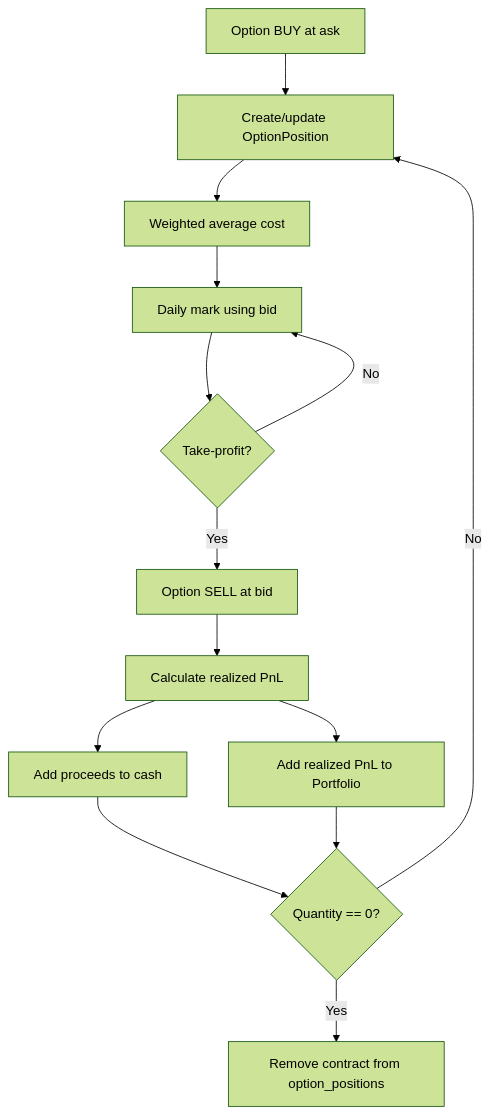
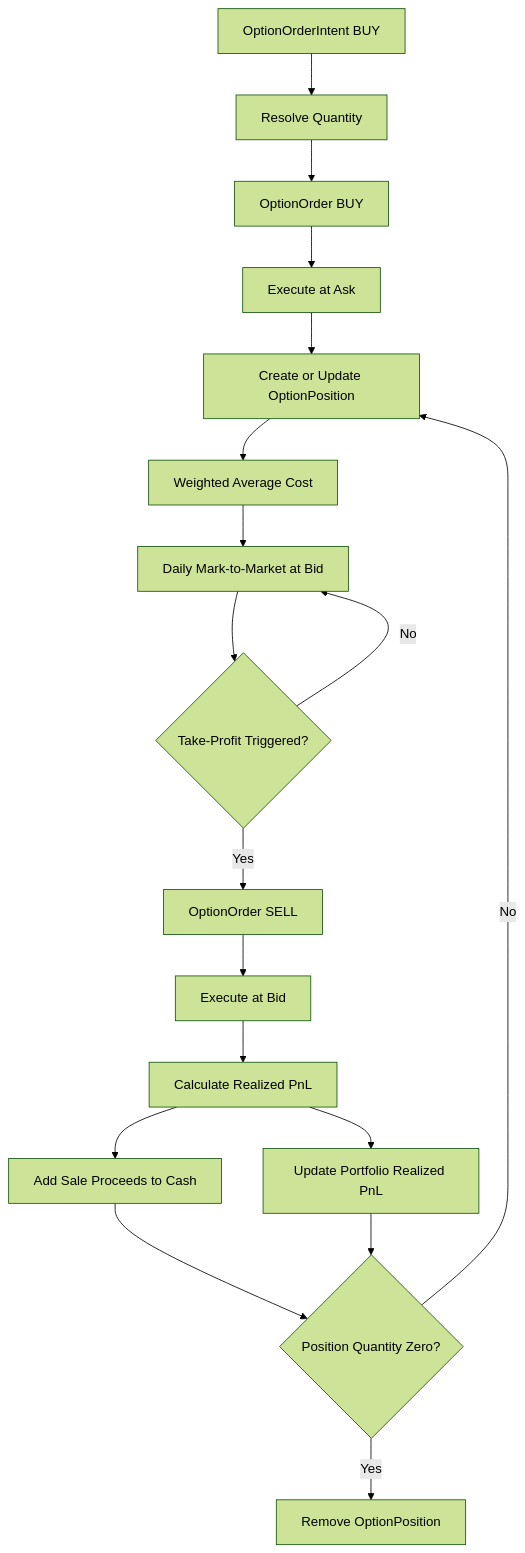
Before and after one commit to Kalvin-avenger/QuantResearch: the sixth of 7 diagrams in docs/ARCHITECTURE.md, drawn with Mermaid (forest theme). The commit also changed other lines of this file and 5 other files, not shown here.

````diff
--- a/docs/ARCHITECTURE.md
+++ b/docs/ARCHITECTURE.md
@@ -142,16 +294,20 @@
 ```mermaid
 flowchart TD
-    A[Option BUY at ask] --> B[Create/update OptionPosition]
-    B --> C[Weighted average cost]
-    C --> D[Daily mark using bid]
-    D --> E{Take-profit?}
-    E -- No --> D
-    E -- Yes --> F[Option SELL at bid]
-    F --> G[Calculate realized PnL]
-    G --> H[Add proceeds to cash]
-    G --> I[Add realized PnL to Portfolio]
-    H --> J{Quantity == 0?}
-    I --> J
-    J -- Yes --> K[Remove contract from option_positions]
-    J -- No --> B
+    A[OptionOrderIntent BUY] --> B[Resolve Quantity]
+    B --> C[OptionOrder BUY]
+    C --> D[Execute at Ask]
+    D --> E[Create or Update OptionPosition]
+    E --> F[Weighted Average Cost]
+    F --> G[Daily Mark-to-Market at Bid]
+    G --> H{Take-Profit Triggered?}
+    H -- No --> G
+    H -- Yes --> I[OptionOrder SELL]
+    I --> J[Execute at Bid]
+    J --> K[Calculate Realized PnL]
+    K --> L[Add Sale Proceeds to Cash]
+    K --> M[Update Portfolio Realized PnL]
+    L --> N{Position Quantity Zero?}
+    M --> N
+    N -- Yes --> O[Remove OptionPosition]
+    N -- No --> E
 ```
````
